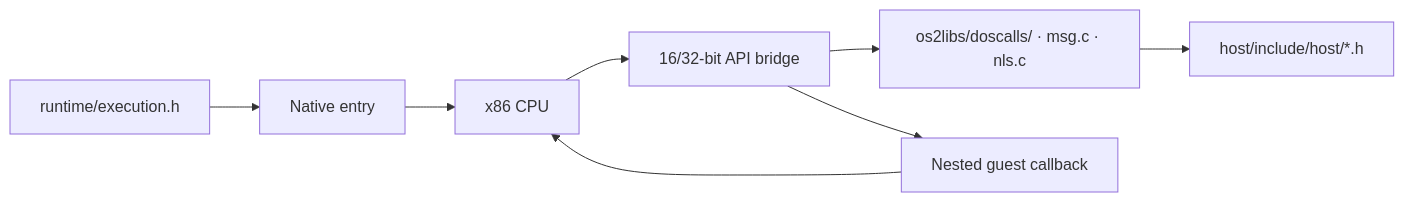
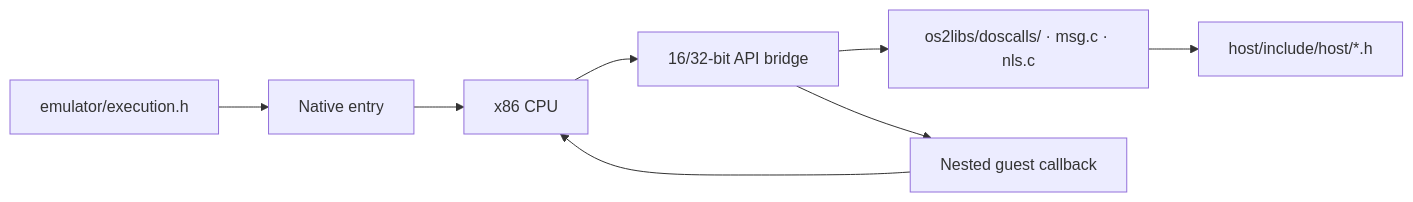
Before and after one commit to bitwisecook/2ine: the diagram in docs/native-execution.md, drawn with Mermaid. The commit also changed 23 other files, not shown here.

First line of the commit message:
Move execution dispatch to emulator/execution/core

````diff
--- a/docs/native-execution.md
+++ b/docs/native-execution.md
@@ -11,7 +11,7 @@
 ```mermaid
 flowchart LR
-    Shared["runtime/execution.h"] --> Entry["Native entry"] --> CPU["x86 CPU"]
+    Shared["emulator/execution.h"] --> Entry["Native entry"] --> CPU["x86 CPU"]
     CPU --> Bridge["16/32-bit API bridge"] --> APIs["os2libs/doscalls/ · msg.c · nls.c"]
     APIs --> Host["host/include/host/*.h"]
     Bridge --> Callback["Nested guest callback"] --> CPU
 ```
````
